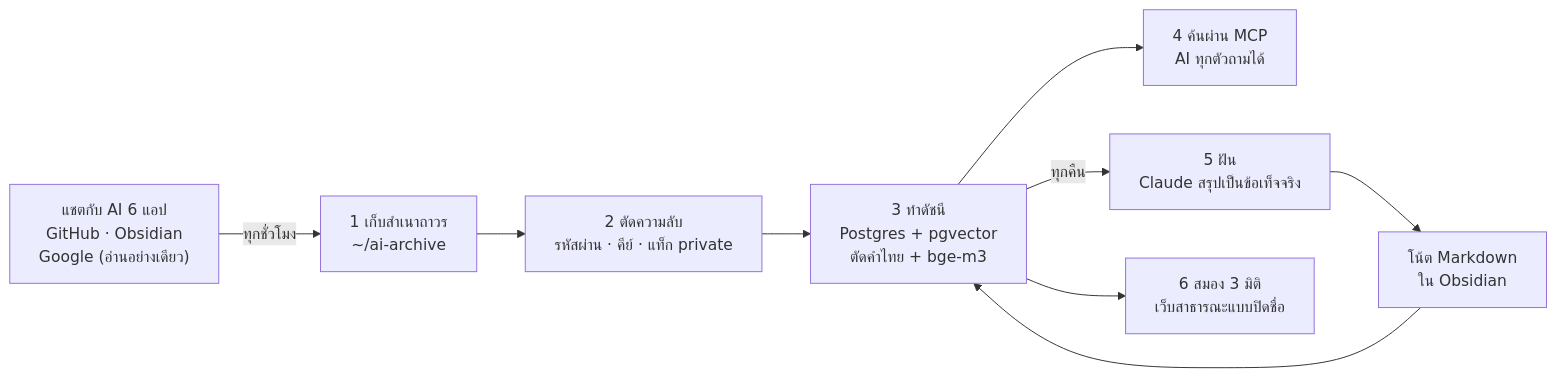
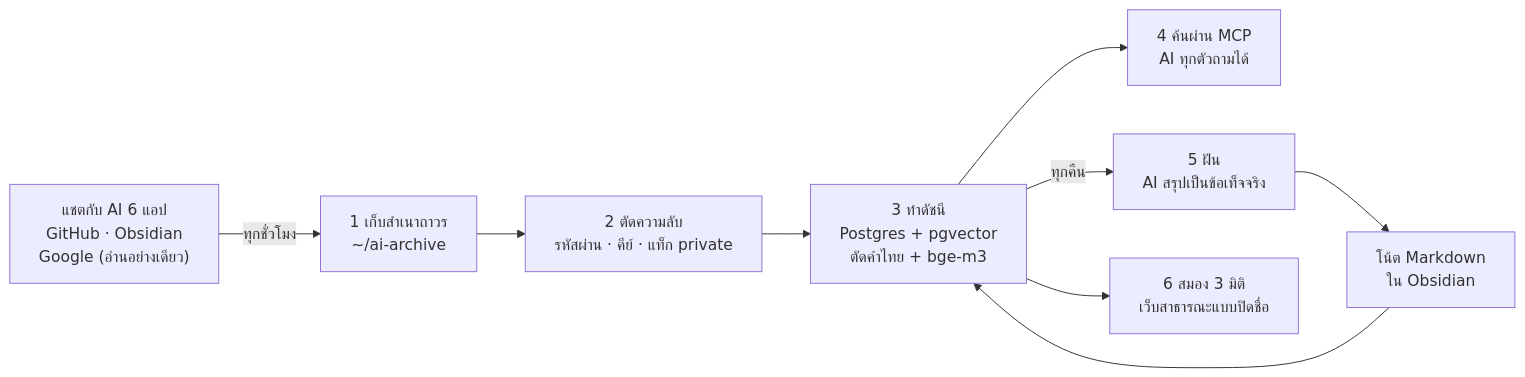
The diagram in README.md (jaturapornchai/mymemory01), drawn with Mermaid before and after one commit. The commit also changed other lines of this file, not shown here.

````diff
--- a/README.md
+++ b/README.md
@@ -42,11 +42,11 @@
 ```mermaid
 flowchart LR
   A["แชตกับ AI 6 แอป<br/>GitHub · Obsidian<br/>Google (อ่านอย่างเดียว)"] -->|ทุกชั่วโมง| B["1 เก็บสำเนาถาวร<br/>~/ai-archive"]
   B --> C["2 ตัดความลับ<br/>รหัสผ่าน · คีย์ · แท็ก private"]
   C --> D["3 ทำดัชนี<br/>Postgres + pgvector<br/>ตัดคำไทย + bge-m3"]
   D --> E["4 ค้นผ่าน MCP<br/>AI ทุกตัวถามได้"]
-  D -->|ทุกคืน| F["5 ฝัน<br/>Claude สรุปเป็นข้อเท็จจริง"]
+  D -->|ทุกคืน| F["5 ฝัน<br/>AI สรุปเป็นข้อเท็จจริง"]
   F --> G["โน้ต Markdown<br/>ใน Obsidian"]
   G --> D
   D --> H["6 สมอง 3 มิติ<br/>เว็บสาธารณะแบบปิดชื่อ"]
 ```
````
